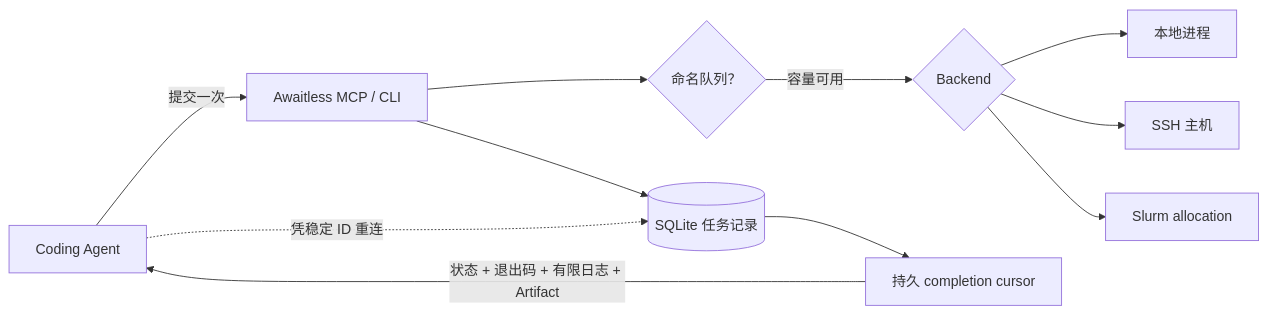
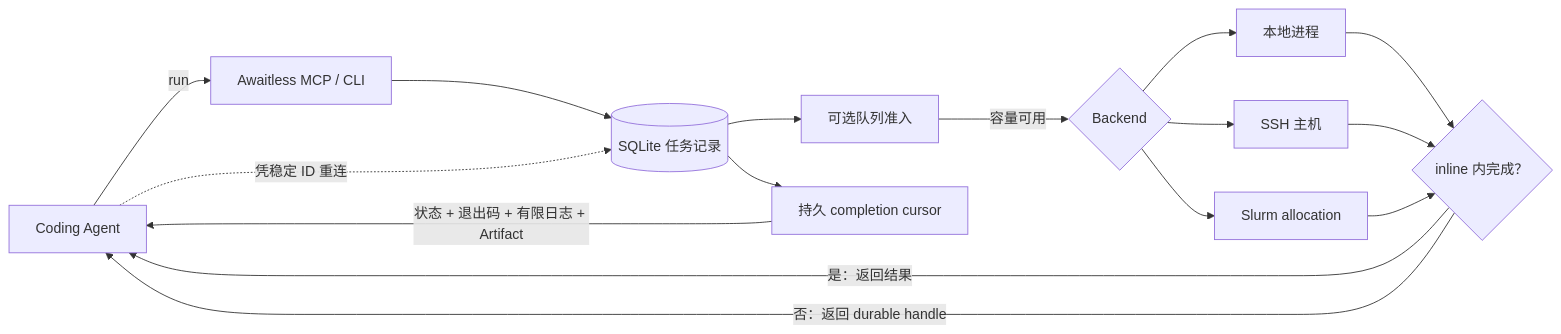
The diagram in README.zh-CN.md (xpluspro/Awaitless), drawn with Mermaid before and after one commit. The commit also changed other lines of this file and 21 other files, not shown here.

````diff
--- a/README.zh-CN.md
+++ b/README.zh-CN.md
@@ -172,13 +185,18 @@
 ```mermaid
 flowchart LR
-    A["Coding Agent"] -->|"提交一次"| B["Awaitless MCP / CLI"]
+    A["Coding Agent"] -->|"run"| B["Awaitless MCP / CLI"]
     B --> C[("SQLite 任务记录")]
-    B --> Q{"命名队列？"}
+    C --> Q["可选队列准入"]
     Q -->|"容量可用"| D{"Backend"}
     D --> L["本地进程"]
     D --> S["SSH 主机"]
     D --> H["Slurm allocation"]
+    L --> I{"inline 内完成？"}
+    S --> I
+    H --> I
+    I -->|"是：返回结果"| A
+    I -->|"否：返回 durable handle"| A
     A -. "凭稳定 ID 重连" .-> C
     C --> E["持久 completion cursor"]
     E -->|"状态 + 退出码 + 有限日志 + Artifact"| A
 ```
````
